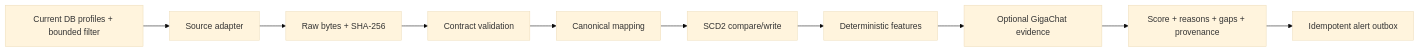
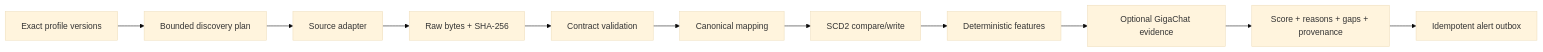
One commit to TBWTK/TenderPulse changed the second of 2 diagrams in docs/ARCHITECTURE.md. Above: the diagram before and after it, drawn with Mermaid (base theme). The commit also changed other lines of this file and 25 other files, not shown here.

Commit message:
feat: add profile discovery and human review

````diff
--- a/docs/ARCHITECTURE.md
+++ b/docs/ARCHITECTURE.md
@@ -136,9 +148,9 @@
 ```mermaid
 flowchart LR
-  Filter["Current DB profiles + bounded filter"] --> Fetch["Source adapter"]
+  Filter["Exact profile versions"] --> Plan["Bounded discovery plan"] --> Fetch["Source adapter"]
   Fetch --> Hash["Raw bytes + SHA-256"] --> Validate["Contract validation"]
   Validate --> Normalize["Canonical mapping"] --> Version["SCD2 compare/write"]
   Version --> Match["Deterministic features"] --> Extract["Optional GigaChat evidence"]
   Extract --> Recommend["Score + reasons + gaps + provenance"]
   Recommend --> Outbox["Idempotent alert outbox"]
 ```
````
